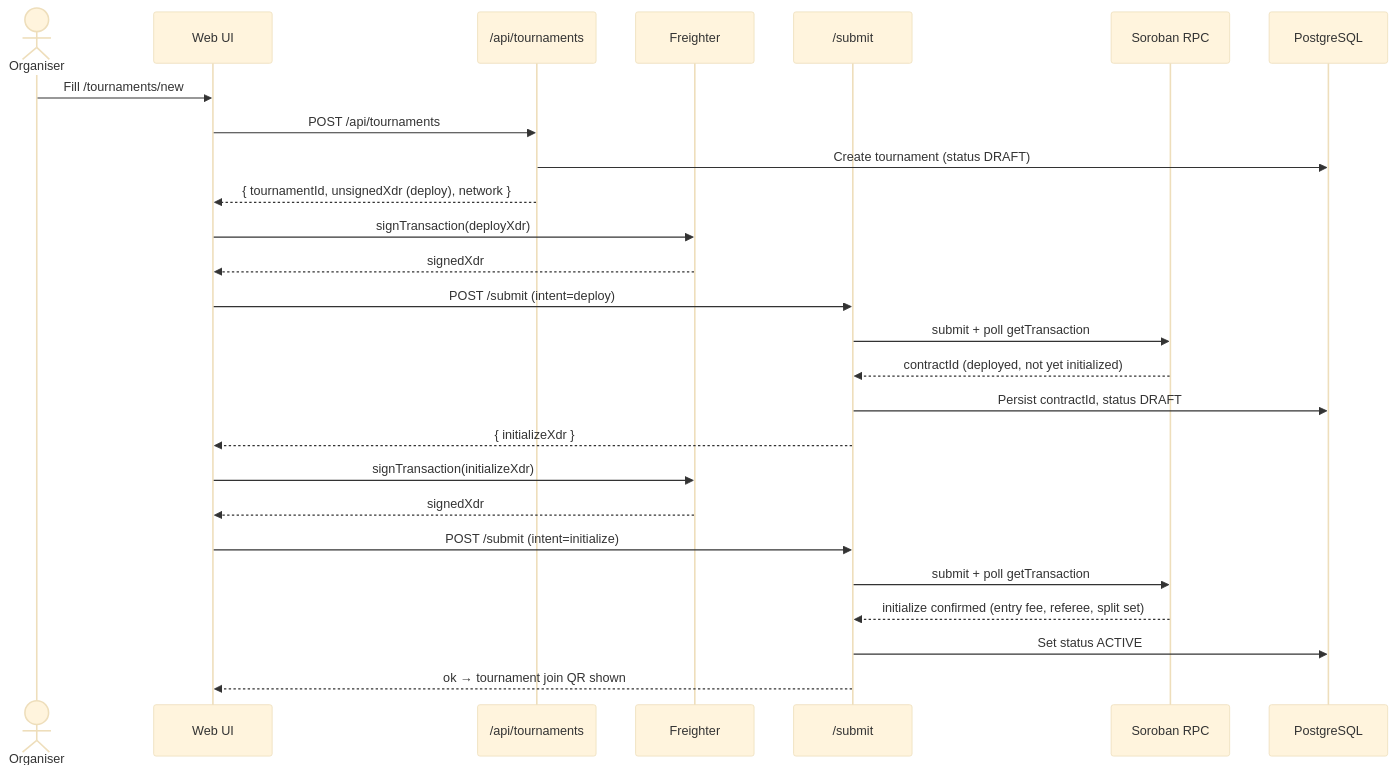
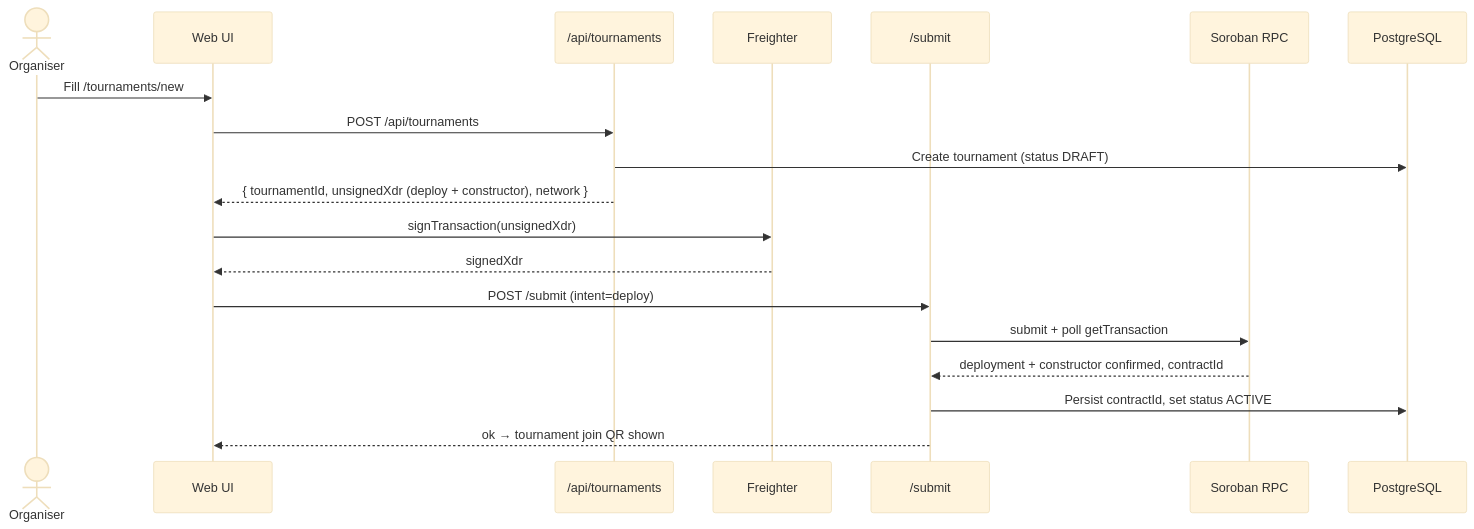
One commit to artisam-ggg/ggg changed the second of 4 diagrams in README.md. Above: the diagram before and after it, drawn with Mermaid (base theme). The commit also changed other lines of this file and 6 other files, not shown here.

Commit message:
fix(web): reconcile late constructor deployment after rejected retry

````diff
--- a/README.md
+++ b/README.md
@@ -158,29 +158,22 @@
 ```mermaid
 sequenceDiagram
     actor Org as Organiser
     participant UI as Web UI
     participant API as /api/tournaments
     participant FR as Freighter
     participant SUB as /submit
     participant RPC as Soroban RPC
     participant DB as PostgreSQL
 
     Org->>UI: Fill /tournaments/new
     UI->>API: POST /api/tournaments
     API->>DB: Create tournament (status DRAFT)
-    API-->>UI: { tournamentId, unsignedXdr (deploy), network }
-    UI->>FR: signTransaction(deployXdr)
+    API-->>UI: { tournamentId, unsignedXdr (deploy + constructor), network }
+    UI->>FR: signTransaction(unsignedXdr)
     FR-->>UI: signedXdr
     UI->>SUB: POST /submit (intent=deploy)
     SUB->>RPC: submit + poll getTransaction
-    RPC-->>SUB: contractId (deployed, not yet initialized)
-    SUB->>DB: Persist contractId, status DRAFT
-    SUB-->>UI: { initializeXdr }
-    UI->>FR: signTransaction(initializeXdr)
-    FR-->>UI: signedXdr
-    UI->>SUB: POST /submit (intent=initialize)
-    SUB->>RPC: submit + poll getTransaction
-    RPC-->>SUB: initialize confirmed (entry fee, referee, split set)
-    SUB->>DB: Set status ACTIVE
+    RPC-->>SUB: deployment + constructor confirmed, contractId
+    SUB->>DB: Persist contractId, set status ACTIVE
     SUB-->>UI: ok → tournament join QR shown
 ```
````
